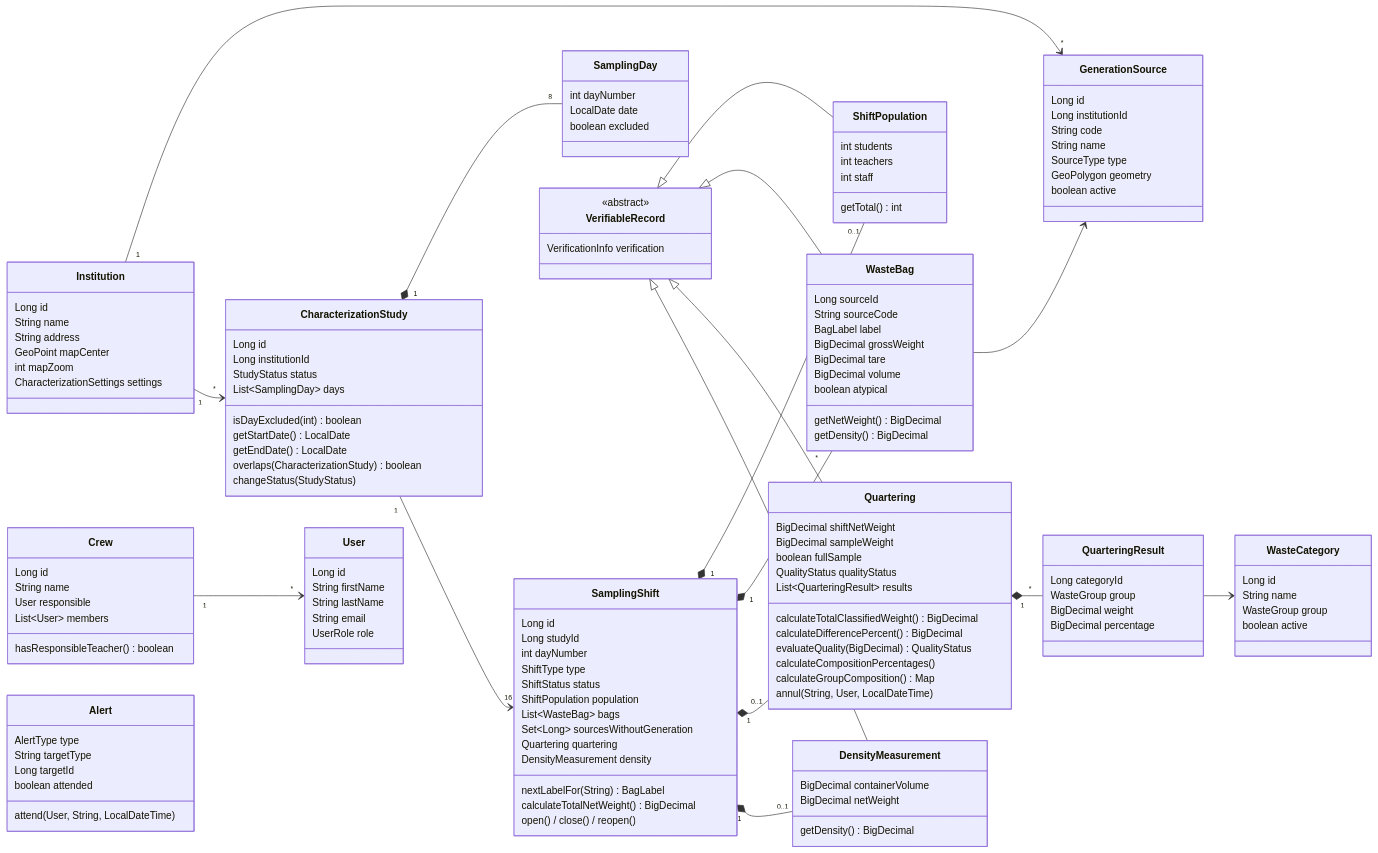
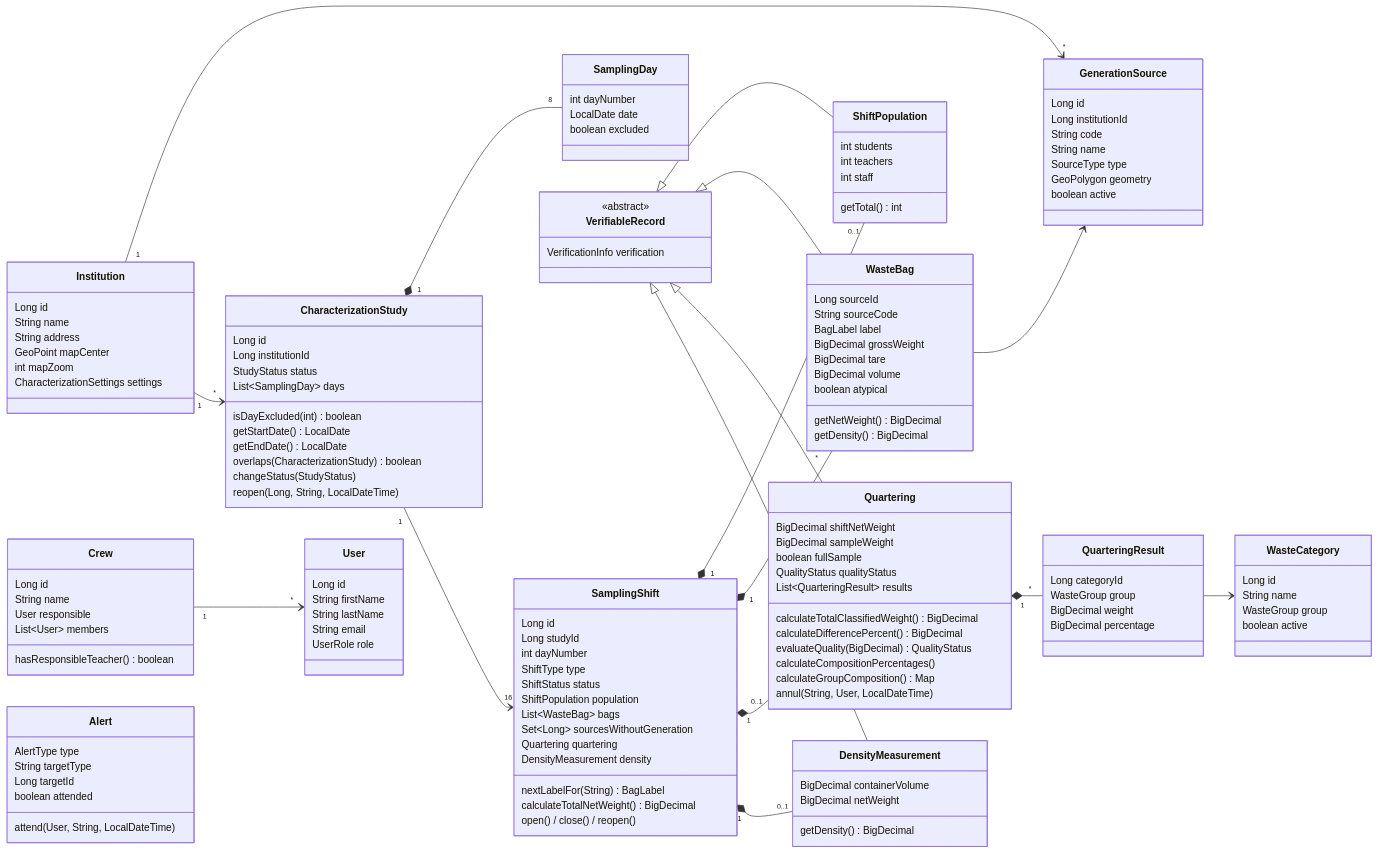
The diagram in specs/001-dominio-caracterizacion/plan.md (mlanderoc/EcoPoint-Edu), drawn with Mermaid before and after one commit. The commit also changed other lines of this file and 8 other files, not shown here.

```diff
--- a/specs/001-dominio-caracterizacion/plan.md
+++ b/specs/001-dominio-caracterizacion/plan.md
@@ -80,6 +80,7 @@
         getEndDate() LocalDate
         overlaps(CharacterizationStudy) boolean
         changeStatus(StudyStatus)
+        reopen(Long, String, LocalDateTime)
     }
     class SamplingDay {
         int dayNumber
```
